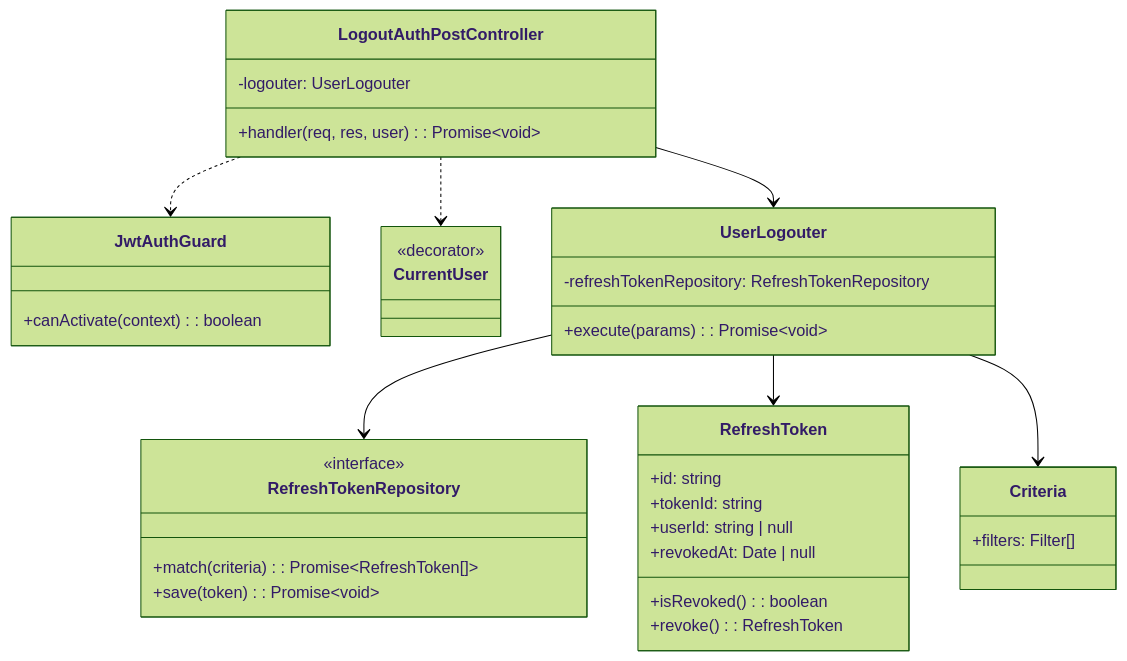
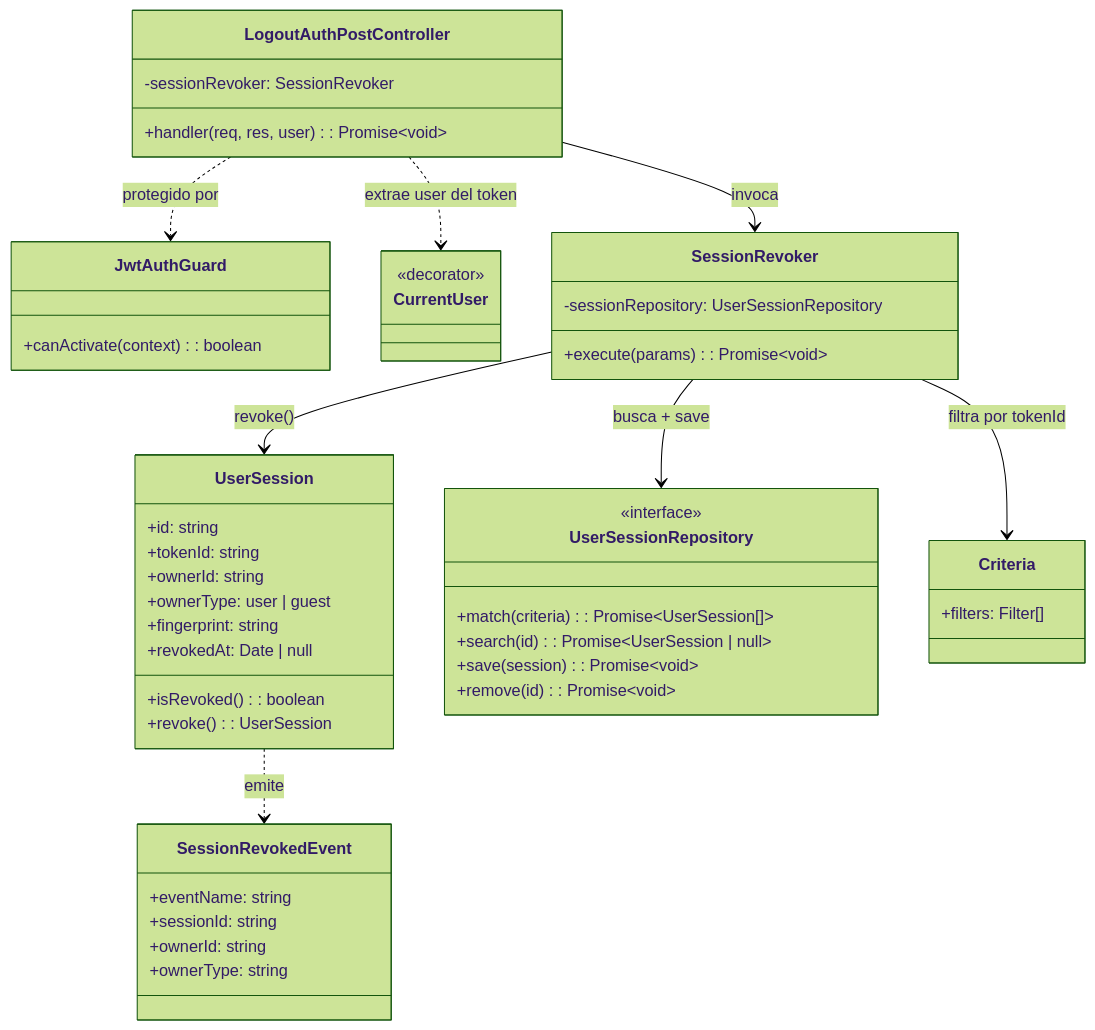
Before and after one commit to AbrahamVilchesDeLaCruz/ididntcatchthat: the diagram in docs/apps/api/identity/logout/classes.md, drawn with Mermaid (forest theme). The commit also changed other lines of this file and 184 other files, not shown here.

````diff
--- a/docs/apps/api/identity/logout/classes.md
+++ b/docs/apps/api/identity/logout/classes.md
@@ -3,46 +5,58 @@
 ```mermaid
 classDiagram
     class LogoutAuthPostController {
-        -logouter: UserLogouter
+        -sessionRevoker: SessionRevoker
         +handler(req, res, user): Promise~void~
     }
 
     class JwtAuthGuard {
         +canActivate(context): boolean
     }
 
     class CurrentUser {
         <<decorator>>
     }
 
-    class UserLogouter {
-        -refreshTokenRepository: RefreshTokenRepository
+    class SessionRevoker {
+        -sessionRepository: UserSessionRepository
         +execute(params): Promise~void~
     }
 
-    class RefreshToken {
+    class UserSession {
         +id: string
         +tokenId: string
-        +userId: string | null
+        +ownerId: string
+        +ownerType: user | guest
+        +fingerprint: string
         +revokedAt: Date | null
         +isRevoked(): boolean
-        +revoke(): RefreshToken
+        +revoke(): UserSession
     }
 
-    class RefreshTokenRepository {
+    class UserSessionRepository {
         <<interface>>
-        +match(criteria): Promise~RefreshToken[]~
-        +save(token): Promise~void~
+        +match(criteria): Promise~UserSession[]~
+        +search(id): Promise~UserSession | null~
+        +save(session): Promise~void~
+        +remove(id): Promise~void~
+    }
+
+    class SessionRevokedEvent {
+        +eventName: string
+        +sessionId: string
+        +ownerId: string
+        +ownerType: string
     }
 
     class Criteria {
         +filters: Filter[]
     }
 
-    LogoutAuthPostController --> UserLogouter
-    LogoutAuthPostController ..> JwtAuthGuard
-    LogoutAuthPostController ..> CurrentUser
-    UserLogouter --> RefreshTokenRepository
-    UserLogouter --> RefreshToken
-    UserLogouter --> Criteria
+    LogoutAuthPostController --> SessionRevoker : invoca
+    LogoutAuthPostController ..> JwtAuthGuard : protegido por
+    LogoutAuthPostController ..> CurrentUser : extrae user del token
+    SessionRevoker --> UserSessionRepository : busca + save
+    SessionRevoker --> UserSession : revoke()
+    SessionRevoker --> Criteria : filtra por tokenId
+    UserSession ..> SessionRevokedEvent : emite
 ```
````
